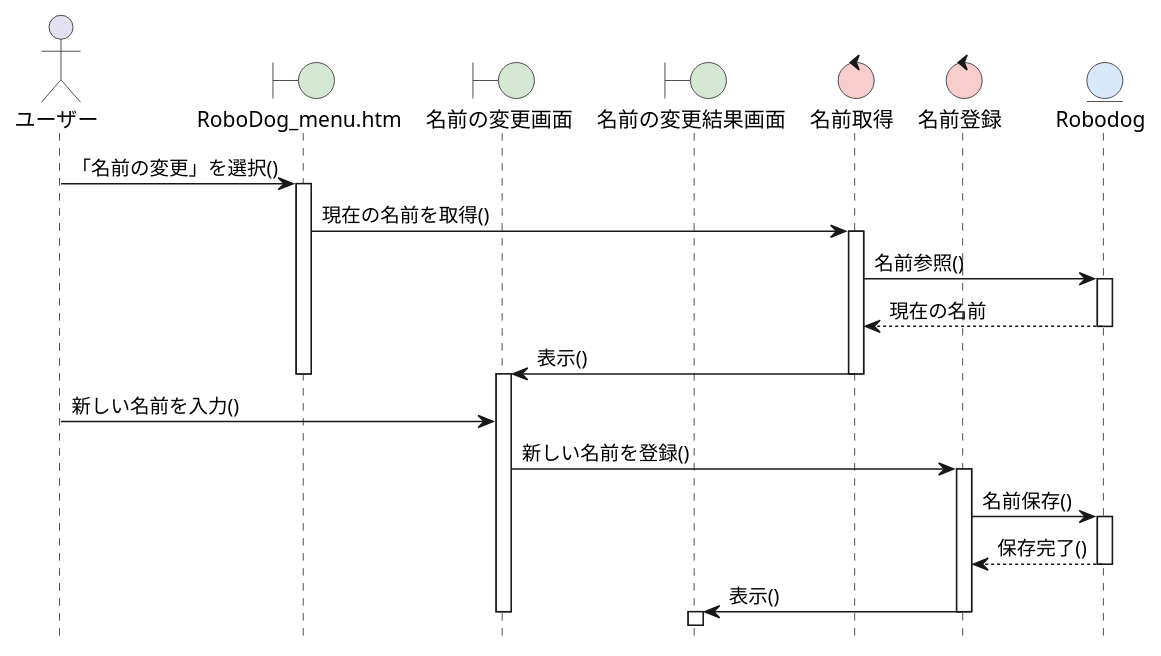
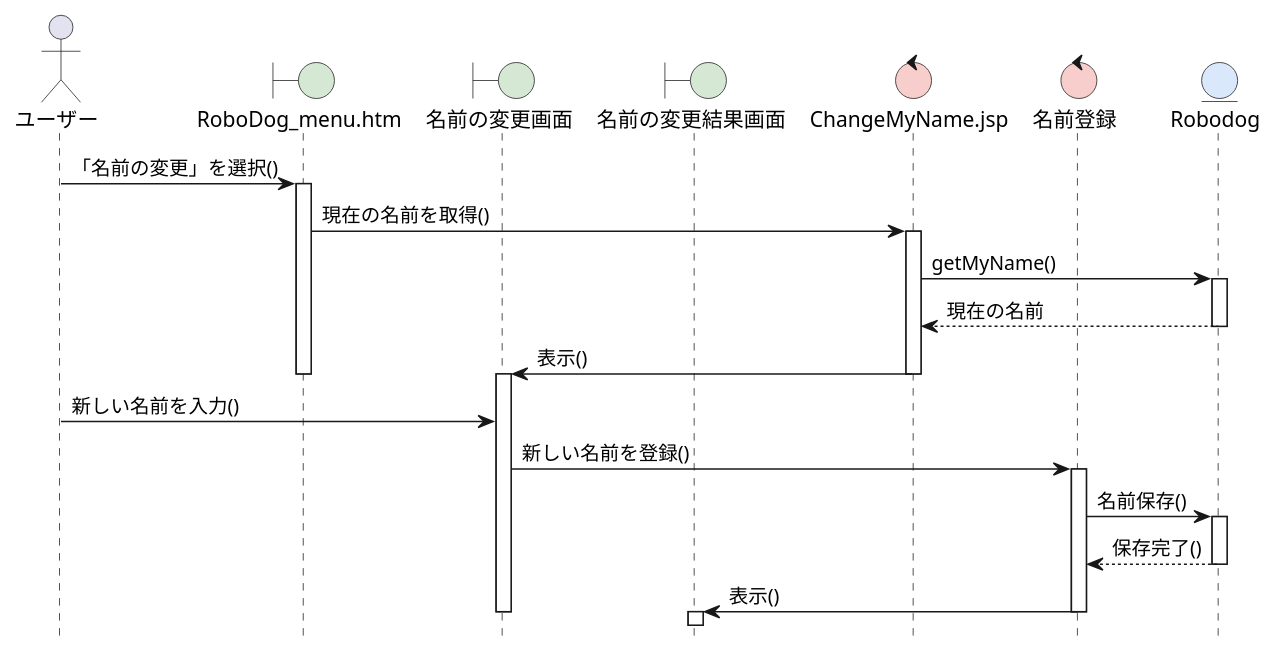
One commit to ogatasyuto/ohara_uml changed the diagram in 06_robo_dog/sequence_01_change_name.pu. Above: the diagram before and after it, drawn with PlantUML.

```diff
--- a/06_robo_dog/sequence_01_change_name.pu
+++ b/06_robo_dog/sequence_01_change_name.pu
@@ -1,43 +1,43 @@
 @startuml RoboDogシステム-名前変更シーケンス図
 hide footbox
 skinparam boundaryBackgroundColor #D5E8D4
 skinparam controlBackgroundColor  #F8CECC
 skinparam entityBackgroundColor   #DAE8FC
 
 actor ユーザー as A
 boundary "RoboDog_menu.htm" as B1
 boundary 名前の変更画面 as B2
 boundary 名前の変更結果画面 as B3
-control 名前取得 as C1
+control "ChangeMyName.jsp" as C1
 control 名前登録 as C2
 entity Robodog as E
 
 A -> B1: 「名前の変更」を選択()
 activate B1
 
 B1 -> C1: 現在の名前を取得()
 activate C1
-C1 -> E: 名前参照()
+C1 -> E: getMyName()
 activate E
 E --> C1: 現在の名前
 deactivate E
 C1 -> B2: 表示()
 deactivate C1
 deactivate B1
 activate B2
 
 A -> B2: 新しい名前を入力()
 
 B2 -> C2: 新しい名前を登録()
 activate C2
 C2 -> E: 名前保存()
 activate E
 E --> C2: 保存完了()
 deactivate E
 
 C2 -> B3: 表示()
 deactivate C2
 deactivate B2
 activate B3
 
 @enduml
```
